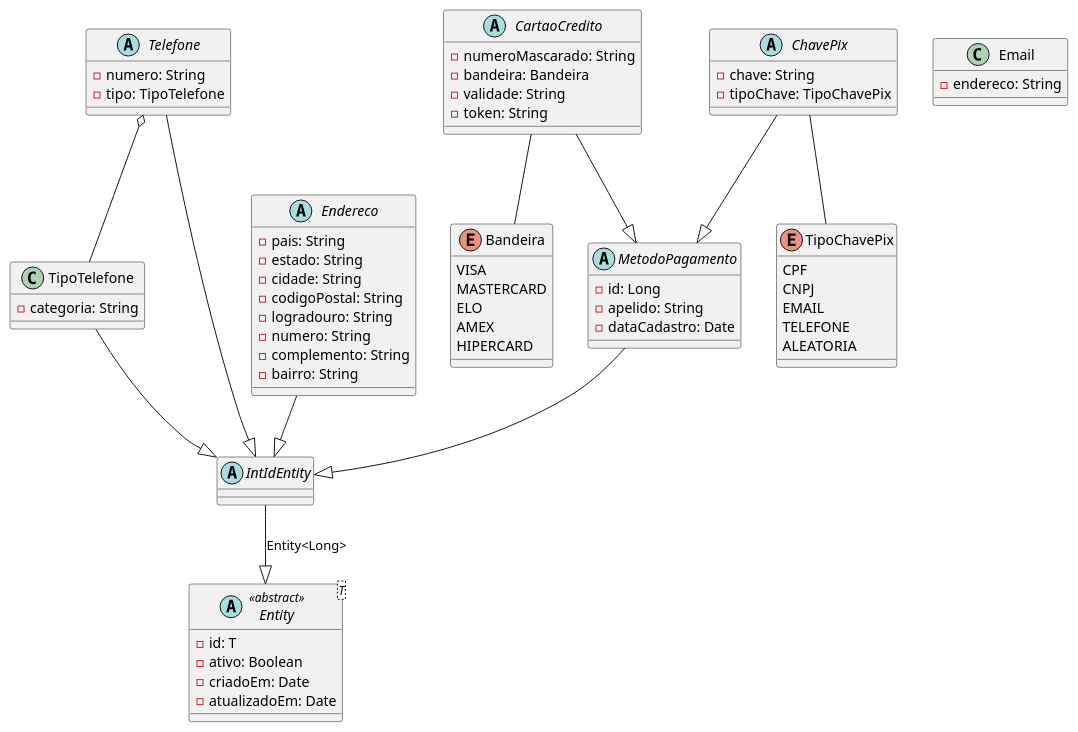
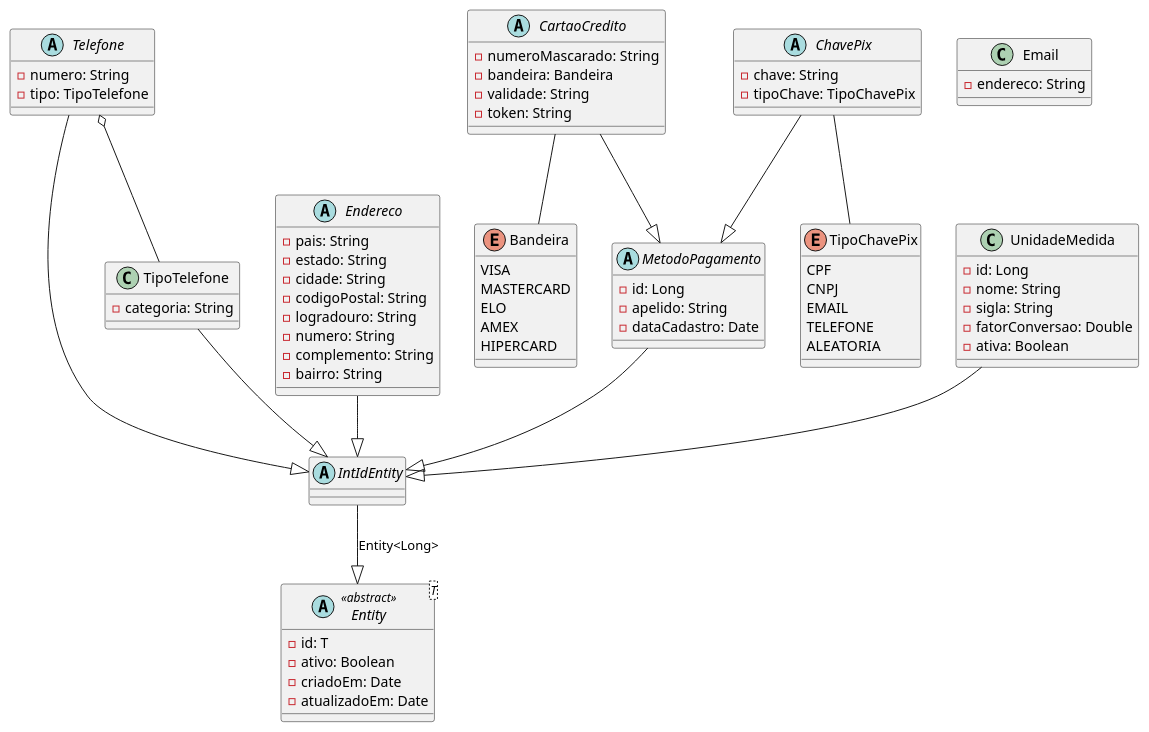
Before and after one commit to Wesley0010012/DSMA-Requisitos: the diagram in docs/classes/core/shared/domain/main.puml, drawn with PlantUML.

Commit message:
feat: define entidade personalizável de negócio UnidadeMedida

```diff
--- a/docs/classes/core/shared/domain/main.puml
+++ b/docs/classes/core/shared/domain/main.puml
@@ -1,88 +1,98 @@
 @startuml "Domínio - Módulo Compartilhado"
 
 abstract class "Entity<T>" as EntityT <<abstract>> {
     - id: T
     - ativo: Boolean
     - criadoEm: Date
     - atualizadoEm: Date
 }
 
 abstract class IntIdEntity
 
 class Email {
     - endereco: String
 }
 
 class TipoTelefone {
     - categoria: String
 }
 
 abstract class Telefone {
     - numero: String
     - tipo: TipoTelefone
 }
 
 abstract class Endereco {
     - pais: String
     - estado: String
     - cidade: String
     - codigoPostal: String
     - logradouro: String
     - numero: String
     - complemento: String
     - bairro: String
 }
 
 abstract class MetodoPagamento {
     - id: Long
     - apelido: String
     - dataCadastro: Date
 }
 
 enum TipoChavePix {
     CPF
     CNPJ
     EMAIL
     TELEFONE
     ALEATORIA
 }
 
 enum Bandeira {
     VISA
     MASTERCARD
     ELO
     AMEX
     HIPERCARD
 }
 
 abstract class CartaoCredito {
     - numeroMascarado: String
     - bandeira: Bandeira
     - validade: String
     - token: String
 }
 
 abstract class ChavePix {
     - chave: String
     - tipoChave: TipoChavePix
 }
 
+class UnidadeMedida {
+    - id: Long
+    - nome: String
+    - sigla: String
+    - fatorConversao: Double
+    - ativa: Boolean
+}
+
 Endereco --|> IntIdEntity
 
 IntIdEntity --|> EntityT : Entity<Long>
 Telefone --|> IntIdEntity
 TipoTelefone --|> IntIdEntity
 
 Telefone o-- TipoTelefone
 
 MetodoPagamento --|> IntIdEntity
 
 ChavePix --|> MetodoPagamento
 
 CartaoCredito --|> MetodoPagamento
 
 CartaoCredito -- Bandeira
 ChavePix -- TipoChavePix
 
+UnidadeMedida --|> IntIdEntity
+
 
 @enduml
```
